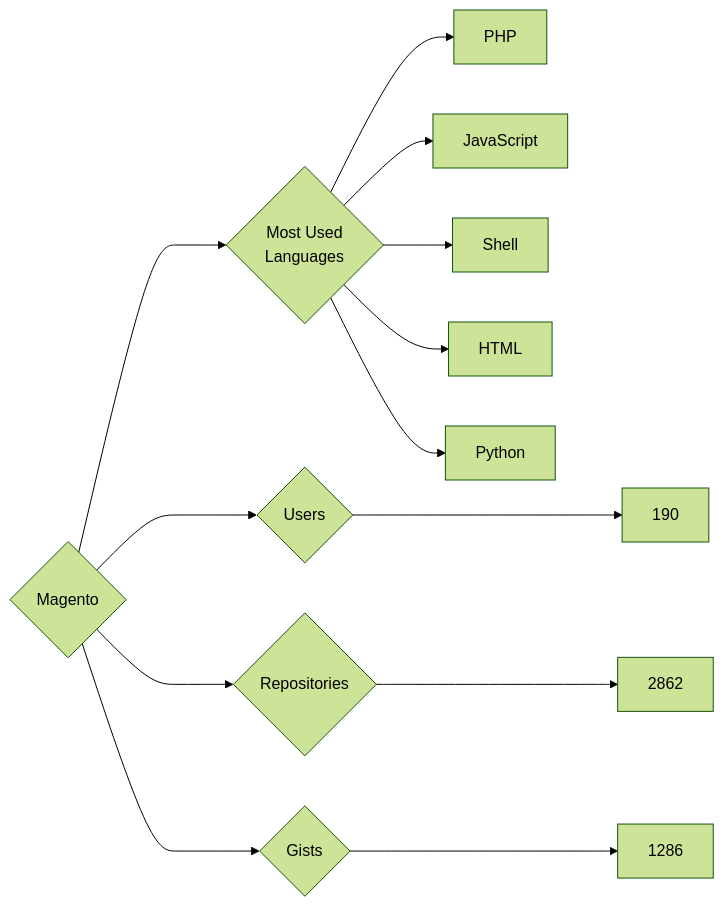
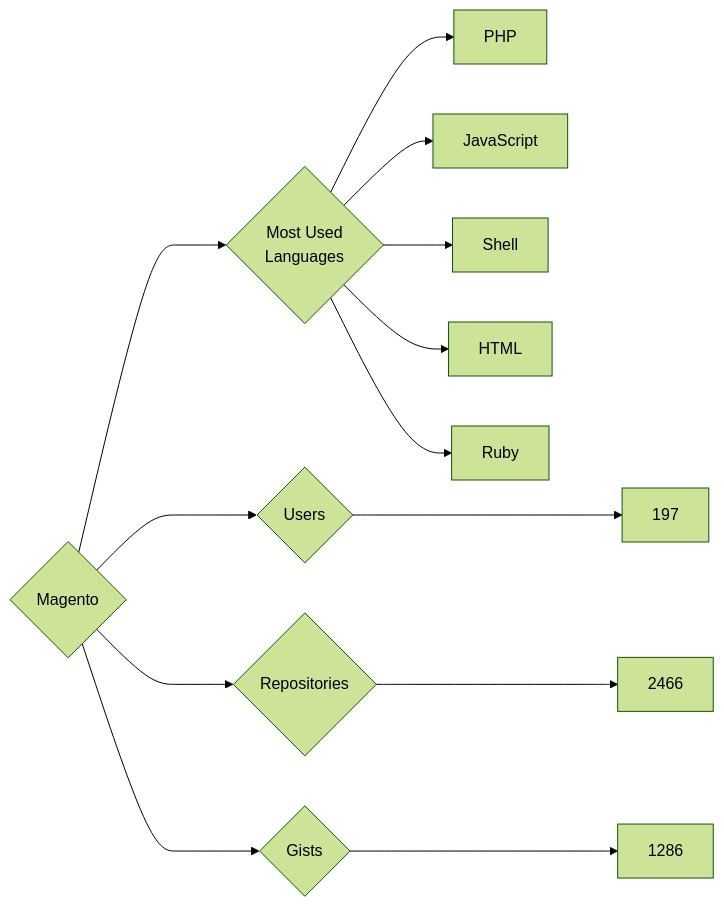
The diagram in targets/Magento/README.md (trickest/insiders), drawn with Mermaid (forest theme) before and after one commit. The commit also changed 882 other files, not shown here.

````diff
--- a/targets/Magento/README.md
+++ b/targets/Magento/README.md
@@ -3,13 +3,13 @@
 ```mermaid
 graph LR
 COMPANY_NAME{Magento}
-COMPANY_NAME ---> U{Users} ---> UN[190]
-COMPANY_NAME ---> R{Repositories} ---> RN[2862]
+COMPANY_NAME ---> U{Users} ---> UN[197]
+COMPANY_NAME ---> R{Repositories} ---> RN[2466]
 COMPANY_NAME ---> G{Gists} ---> GN[1286]
 COMPANY_NAME ---> ML{Most Used<br>Languages}
 ML --> PHP[PHP]
 ML --> JavaScript[JavaScript]
 ML --> Shell[Shell]
 ML --> HTML[HTML]
-ML --> Python[Python]
+ML --> Ruby[Ruby]
 ```
````
